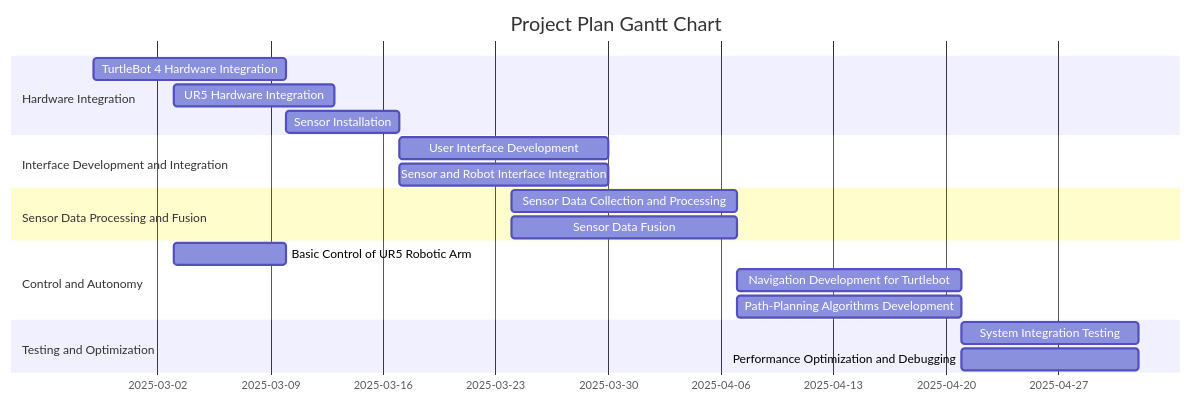
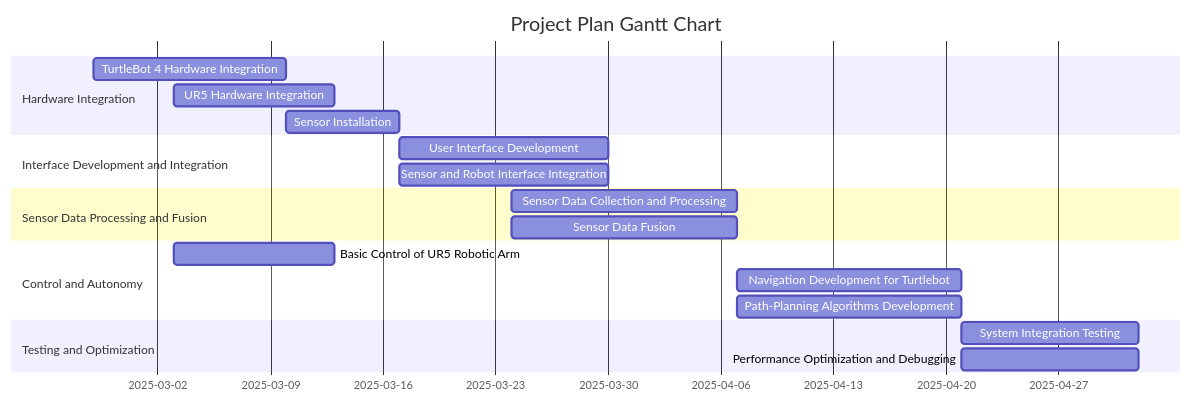
The diagram in docs/timeline.md (RAS598-2025-S-Team12/RAS598-2025-S-Team12.github.io), drawn with Mermaid before and after one commit.

````diff
--- a/docs/timeline.md
+++ b/docs/timeline.md
@@ -6,31 +6,31 @@
 ``` mermaid
 
 gantt
     title Project Plan Gantt Chart
     dateFormat  YYYY-MM-DD
 
     section Hardware Integration
     TurtleBot 4 Hardware Integration               :task2_1, 2025-02-26, 2025-03-10
     UR5 Hardware Integration                       :task2_2, 2025-03-03, 2025-03-13
     Sensor Installation          :task2_3, 2025-03-10, 2025-03-17
 
     section Interface Development and Integration
     User Interface Development:task3_1, 2025-03-17, 2025-03-30
     Sensor and Robot Interface Integration          :task3_2, 2025-03-17, 2025-03-30
 
     section Sensor Data Processing and Fusion
     Sensor Data Collection and Processing           :task4_1, 2025-03-24, 2025-04-07
     Sensor Data Fusion                              :task4_2, 2025-03-24, 2025-04-07
 
     section Control and Autonomy 
-    Basic Control of UR5 Robotic Arm               :task5_1, 2025-03-03, 2025-03-10
+    Basic Control of UR5 Robotic Arm               :task5_1, 2025-03-03, 2025-03-13
     Navigation Development for Turtlebot                 :task5_2, 2025-04-07, 2025-04-21
     Path-Planning Algorithms Development                 :task5_3, 2025-04-07, 2025-04-21
 
     section Testing and Optimization
     System Integration Testing                     :task6_1, 2025-04-21, 2025-05-02
     Performance Optimization and Debugging         :task6_2, 2025-04-21, 2025-05-02
 
 
 
 ```
````
